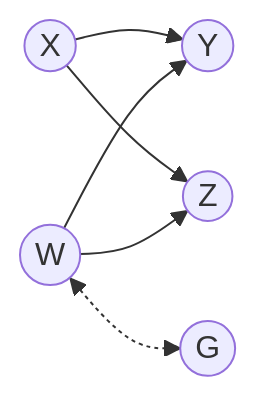
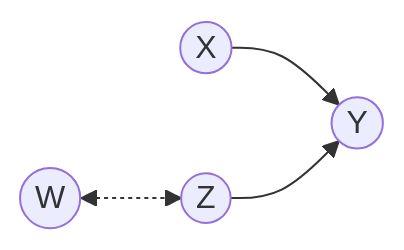
The first of 4 diagrams in README.Rmd (santikka/cfid), drawn with Mermaid before and after one commit. The commit also changed other lines of this file and 2 other files, not shown here.

````diff
--- a/README.Rmd
+++ b/README.Rmd
@@ -58,8 +58,6 @@
 ```mermaid
 flowchart LR;
   X((X))-->Y((Y));
-  X((X))-->Z((Z));
-  W((W))-->Z;
-  W-->Y;
-  W<-.->G((G));
+  Z((Z))-->Y;
+  W((W))<-.->Z;
 ```
````
